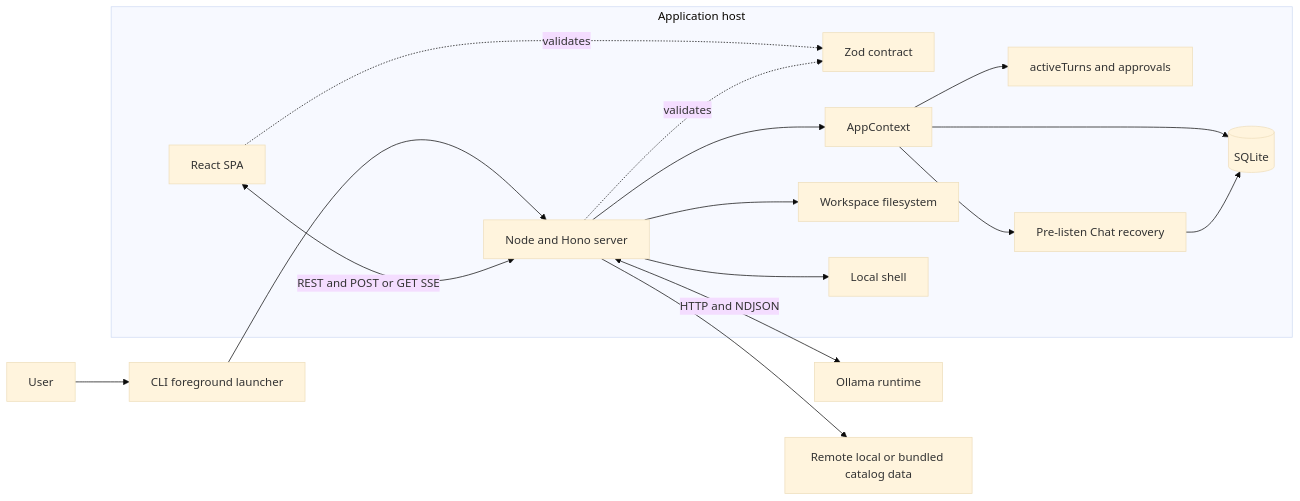
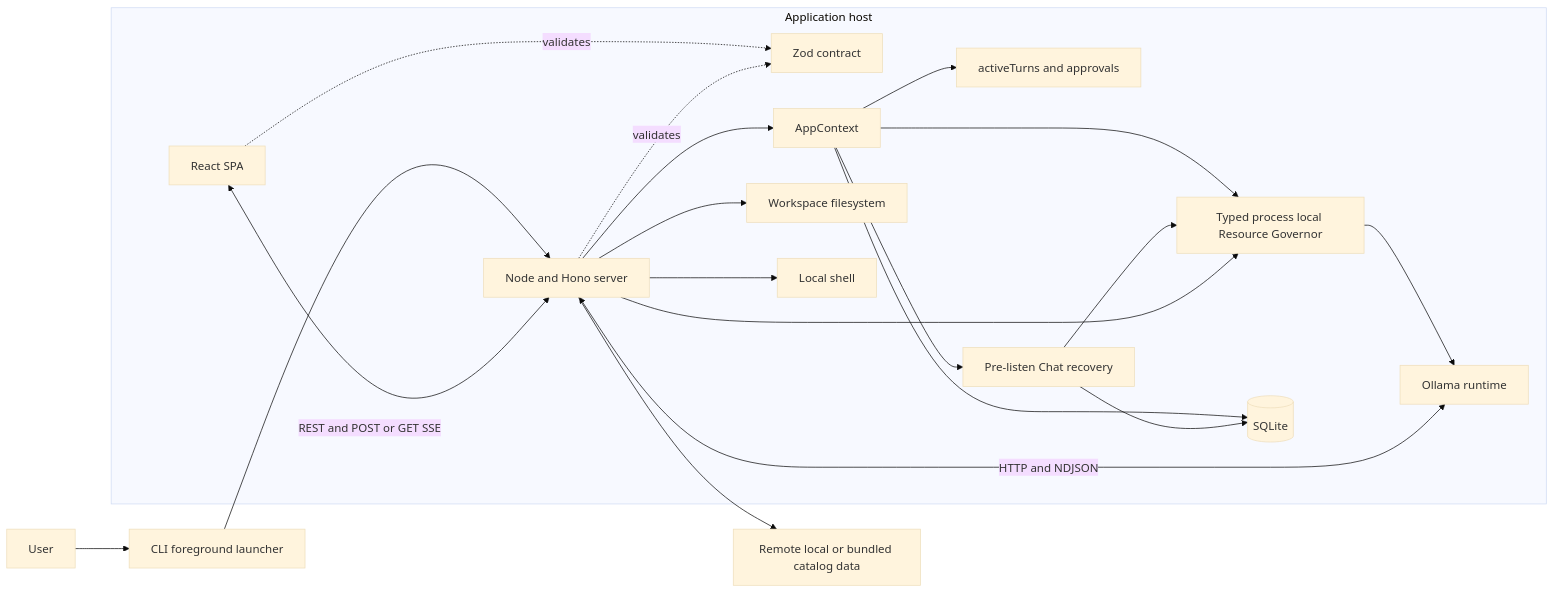
Before and after one commit to MattoYuzuru/Guanxi: the diagram in docs/architecture/diagrams/hld-system-as-is.mmd, drawn with Mermaid (base theme). The commit also changed 9 other files, not shown here.

```diff
--- a/docs/architecture/diagrams/hld-system-as-is.mmd
+++ b/docs/architecture/diagrams/hld-system-as-is.mmd
@@ -1,29 +1,34 @@
 flowchart LR
     User[User] --> CLI[CLI foreground launcher]
     CLI --> Server
 
     subgraph AppHost[Application host]
         Browser[React SPA]
         Server[Node and Hono server]
         Contract[Zod contract]
         Context[AppContext]
         Memory[activeTurns and approvals]
+        Governor[Typed process local Resource Governor]
         Recovery[Pre-listen Chat recovery]
         DB[(SQLite)]
         Files[Workspace filesystem]
         Shell[Local shell]
 
         Browser <-->|REST and POST or GET SSE| Server
         Browser -. validates .-> Contract
         Server -. validates .-> Contract
         Server --> Context
         Context --> Memory
+        Context --> Governor
         Context --> DB
         Context --> Recovery
         Recovery --> DB
+        Recovery --> Governor
+        Server --> Governor
+        Governor --> Ollama
         Server --> Files
         Server --> Shell
     end
 
     Server <-->|HTTP and NDJSON| Ollama[Ollama runtime]
     Server --> Catalog[Remote local or bundled catalog data]
```
